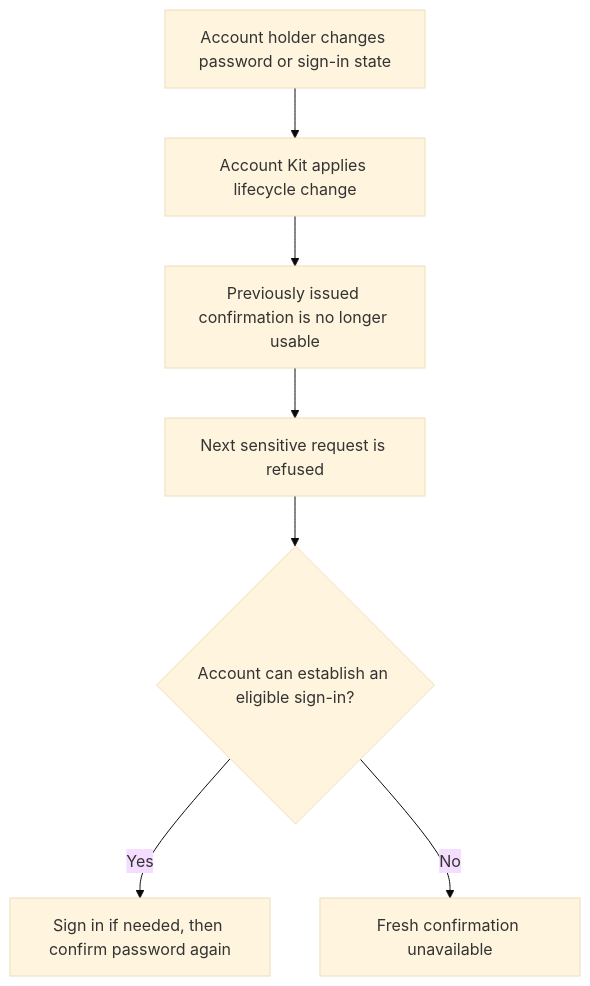
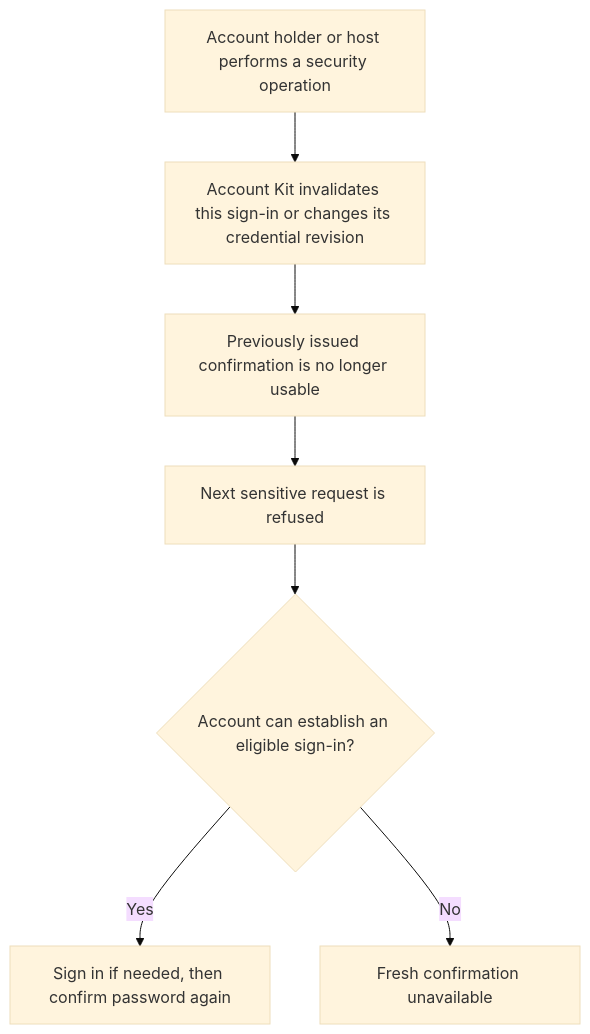
The first of 2 diagrams in user-stories/US-CONFIRM-03-revoke-confirmations.md (Kevinjohn/oss-adonisjs-confirm-action-with-password), drawn with Mermaid (base theme) before and after one commit. The commit also changed other lines of this file and 8 other files, not shown here.

````diff
--- a/user-stories/US-CONFIRM-03-revoke-confirmations.md
+++ b/user-stories/US-CONFIRM-03-revoke-confirmations.md
@@ -22,9 +22,9 @@
 ```mermaid
 flowchart TD
-    A["Account holder changes password or sign-in state"] --> B["Account Kit applies lifecycle change"]
+    A["Account holder or host performs a security operation"] --> B["Account Kit invalidates this sign-in or changes its credential revision"]
     B --> C["Previously issued confirmation is no longer usable"]
     C --> D["Next sensitive request is refused"]
     D --> E{"Account can establish an eligible sign-in?"}
     E -->|Yes| F["Sign in if needed, then confirm password again"]
     E -->|No| G["Fresh confirmation unavailable"]
 ```
````
